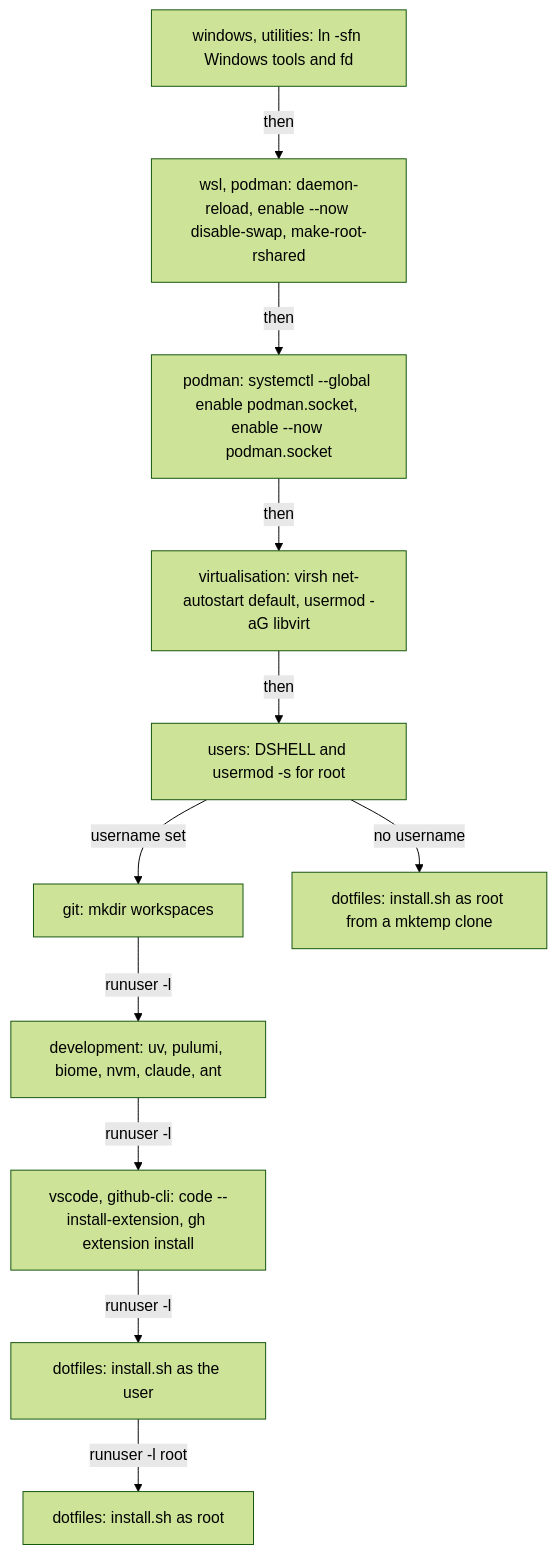
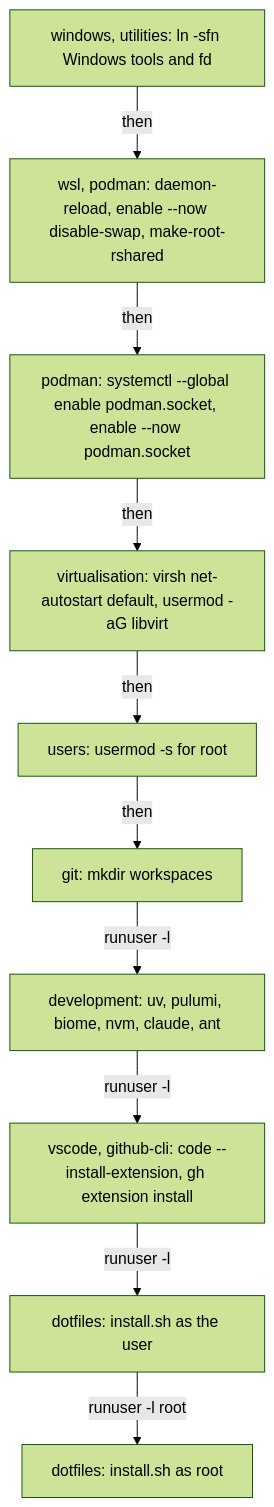
The third of 3 diagrams in docs/provisioning.md (froazin/wsl), drawn with Mermaid (forest theme) before and after one commit. The commit also changed other lines of this file and 26 other files, not shown here.

````diff
--- a/docs/provisioning.md
+++ b/docs/provisioning.md
@@ -104,15 +103,14 @@
 ```mermaid
 flowchart TD
     accTitle: runcmd order
-    accDescr: runcmd runs the fragments' entries in the order of their numbers. It links the Windows tools and fd, enables the system units and the global podman socket, sets up libvirt, sets zsh for new users and root, then either makes the user's workspaces, installs their tools and extensions and runs install.sh for the user and root, or runs install.sh for root from a temporary clone.
+    accDescr: runcmd runs the fragments' entries in the order of their numbers. It links the Windows tools and fd, enables the system units and the global podman socket, sets up libvirt, sets zsh for root, then makes the user's workspaces, installs their tools and extensions and runs install.sh for the user and root.
     links["windows, utilities: ln -sfn Windows tools and fd"] -->|then| units["wsl, podman: daemon-reload, enable --now disable-swap, make-root-rshared"]
     units -->|then| global["podman: systemctl --global enable podman.socket, enable --now podman.socket"]
     global -->|then| virsh["virtualisation: virsh net-autostart default, usermod -aG libvirt"]
-    virsh -->|then| shells["users: DSHELL and usermod -s for root"]
-    shells -->|username set| prep["git: mkdir workspaces"]
+    virsh -->|then| shells["users: usermod -s for root"]
+    shells -->|then| prep["git: mkdir workspaces"]
     prep -->|runuser -l| tools["development: uv, pulumi, biome, nvm, claude, ant"]
     tools -->|runuser -l| ext["vscode, github-cli: code --install-extension, gh extension install"]
     ext -->|runuser -l| userinstall["dotfiles: install.sh as the user"]
     userinstall -->|runuser -l root| rootinstall["dotfiles: install.sh as root"]
-    shells -->|no username| tmp["dotfiles: install.sh as root from a mktemp clone"]
 ```
````
